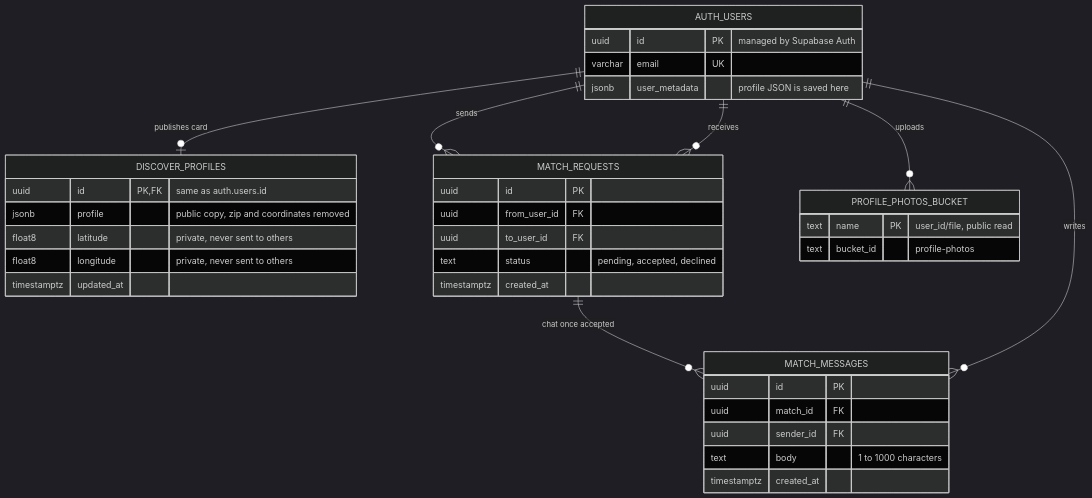
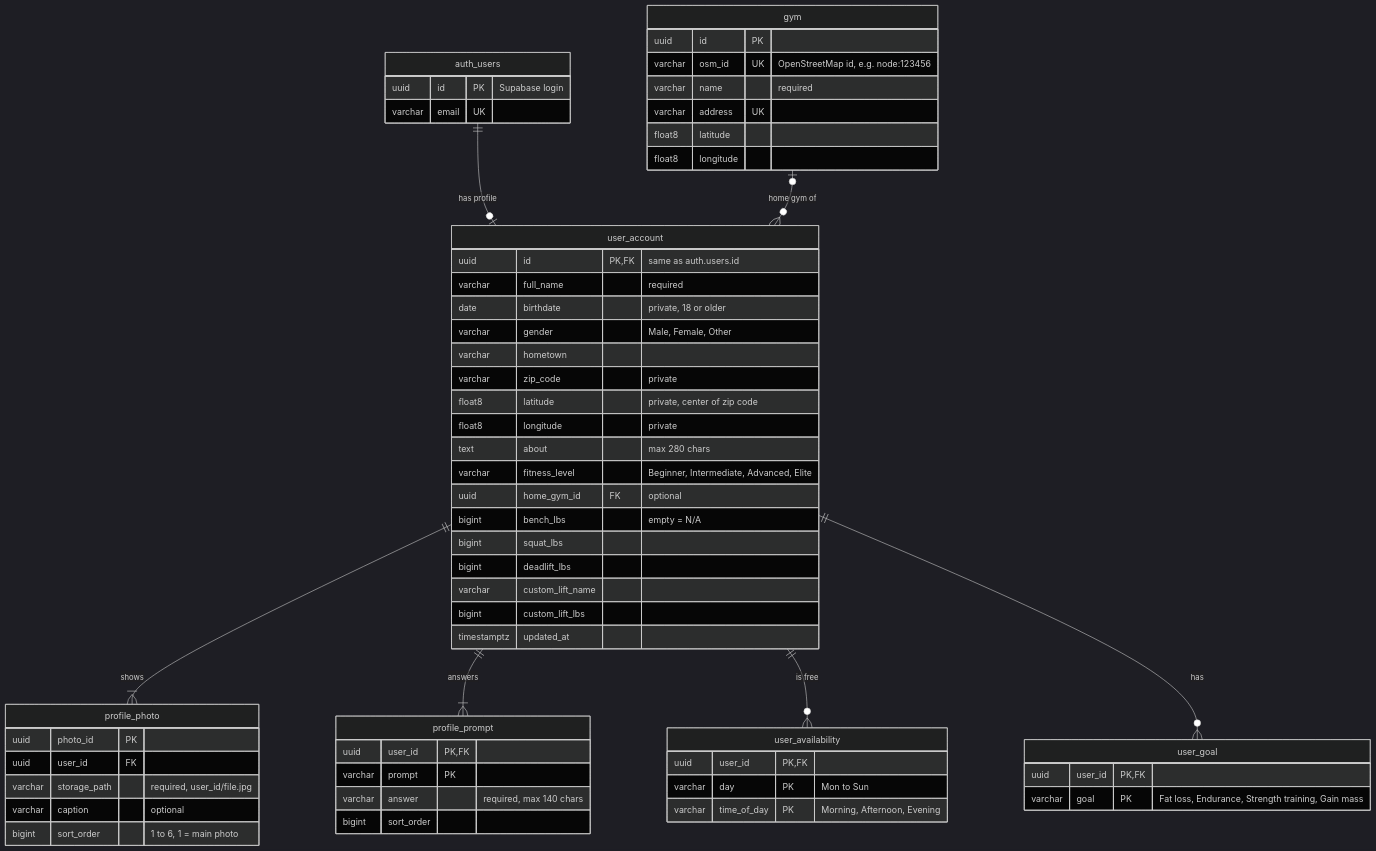
The first of 6 diagrams in docs/DATA_MODEL.md (rehman20052/SwoleMates), drawn with Mermaid (dark theme) before and after one commit. The commit also changed other lines of this file, not shown here.

First line of the commit message:
Update DATA_MODEL.md to match the Supabase database as built.

````diff
--- a/docs/DATA_MODEL.md
+++ b/docs/DATA_MODEL.md
@@ -11,39 +44,62 @@
 ```mermaid
 erDiagram
-  AUTH_USERS {
-    uuid id PK "managed by Supabase Auth"
+  auth_users {
+    uuid id PK "Supabase login"
     varchar email UK
-    jsonb user_metadata "profile JSON is saved here"
   }
-  DISCOVER_PROFILES {
+  user_account {
     uuid id PK, FK "same as auth.users.id"
-    jsonb profile "public copy, zip and coordinates removed"
-    float8 latitude "private, never sent to others"
-    float8 longitude "private, never sent to others"
+    varchar full_name "required"
+    date birthdate "private, 18 or older"
+    varchar gender "Male, Female, Other"
+    varchar hometown
+    varchar zip_code "private"
+    float8 latitude "private, center of zip code"
+    float8 longitude "private"
+    text about "max 280 chars"
+    varchar fitness_level "Beginner, Intermediate, Advanced, Elite"
+    uuid home_gym_id FK "optional"
+    bigint bench_lbs "empty = N/A"
+    bigint squat_lbs
+    bigint deadlift_lbs
+    varchar custom_lift_name
+    bigint custom_lift_lbs
     timestamptz updated_at
   }
-  MATCH_REQUESTS {
+  gym {
     uuid id PK
-    uuid from_user_id FK
-    uuid to_user_id FK
-    text status "pending, accepted, declined"
-    timestamptz created_at
+    varchar osm_id UK "OpenStreetMap id, e.g. node:123456"
+    varchar name "required"
+    varchar address UK
+    float8 latitude
+    float8 longitude
   }
-  MATCH_MESSAGES {
-    uuid id PK
-    uuid match_id FK
-    uuid sender_id FK
-    text body "1 to 1000 characters"
-    timestamptz created_at
+  profile_photo {
+    uuid photo_id PK
+    uuid user_id FK
+    varchar storage_path "required, user_id/file.jpg"
+    varchar caption "optional"
+    bigint sort_order "1 to 6, 1 = main photo"
   }
-  PROFILE_PHOTOS_BUCKET {
-    text name PK "user_id/file, public read"
-    text bucket_id "profile-photos"
+  profile_prompt {
+    uuid user_id PK, FK
+    varchar prompt PK
+    varchar answer "required, max 140 chars"
+    bigint sort_order
   }
-  AUTH_USERS ||--o| DISCOVER_PROFILES : "publishes card"
-  AUTH_USERS ||--o{ MATCH_REQUESTS : sends
-  AUTH_USERS ||--o{ MATCH_REQUESTS : receives
-  MATCH_REQUESTS ||--o{ MATCH_MESSAGES : "chat once accepted"
-  AUTH_USERS ||--o{ MATCH_MESSAGES : writes
-  AUTH_USERS ||--o{ PROFILE_PHOTOS_BUCKET : uploads
+  user_availability {
+    uuid user_id PK, FK
+    varchar day PK "Mon to Sun"
+    varchar time_of_day PK "Morning, Afternoon, Evening"
+  }
+  user_goal {
+    uuid user_id PK, FK
+    varchar goal PK "Fat loss, Endurance, Strength training, Gain mass"
+  }
+  auth_users ||--o| user_account : "has profile"
+  gym |o--o{ user_account : "home gym of"
+  user_account ||--|{ profile_photo : shows
+  user_account ||--|{ profile_prompt : answers
+  user_account ||--o{ user_availability : "is free"
+  user_account ||--o{ user_goal : has
 ```
````
